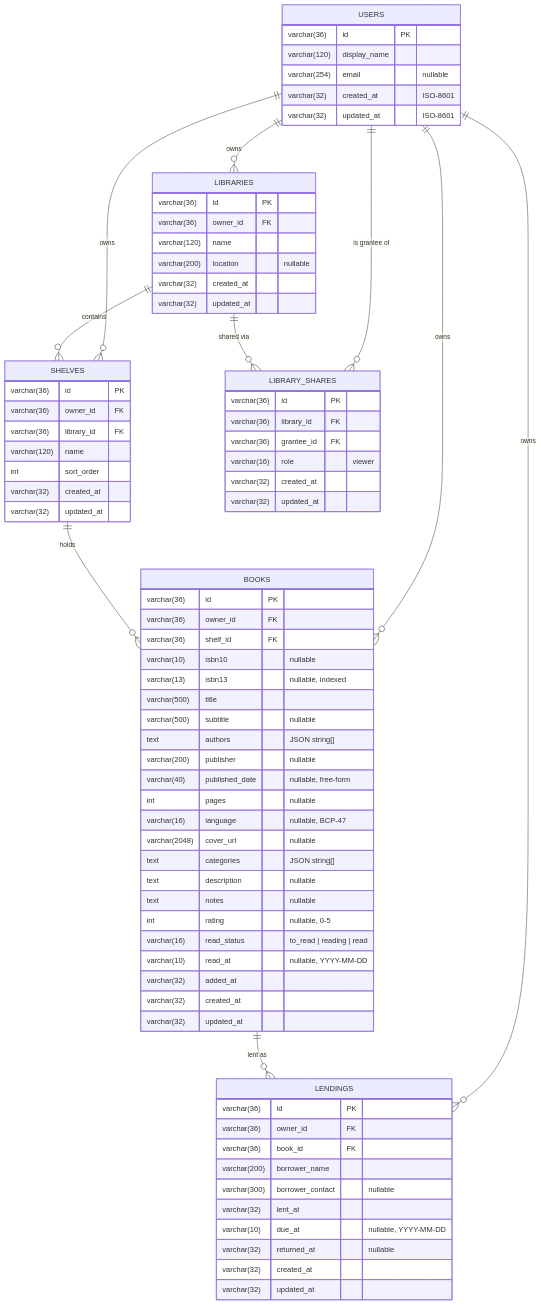
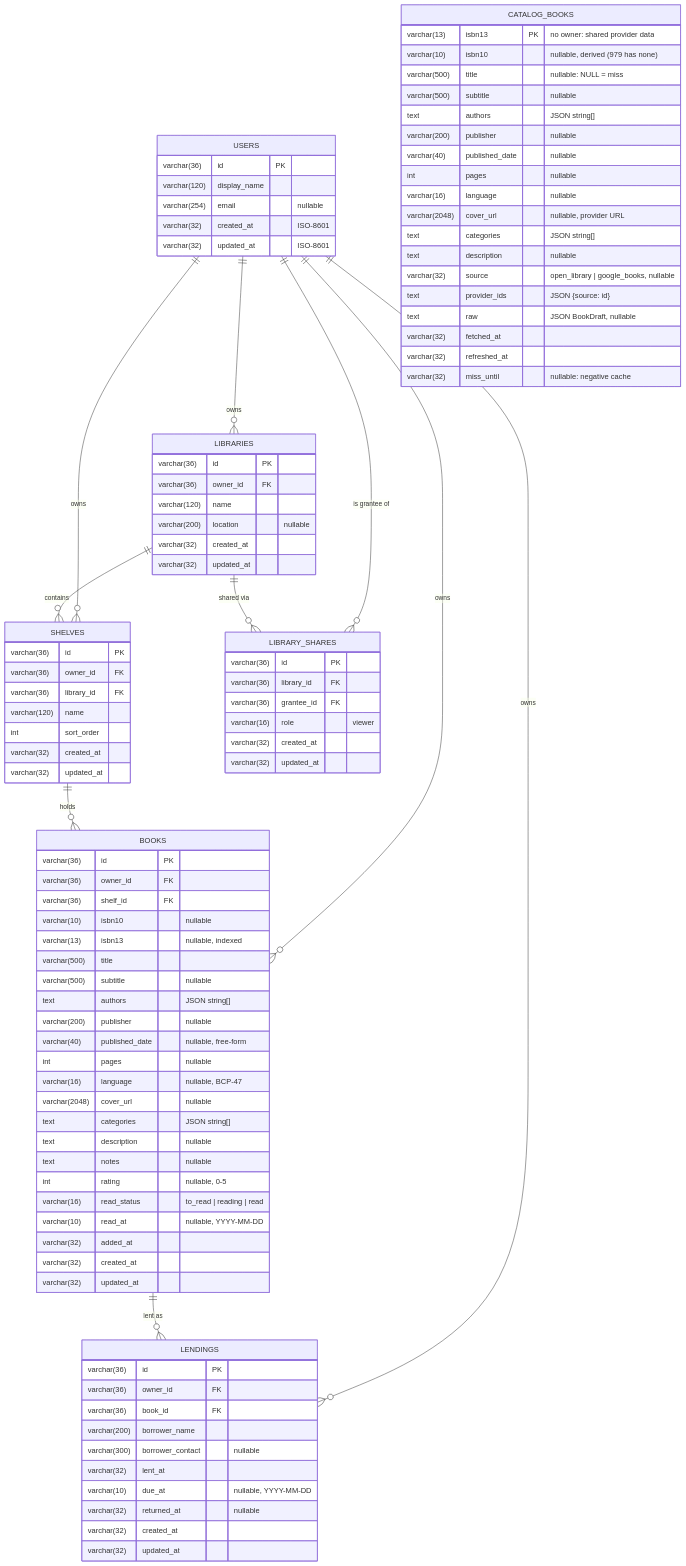
Before and after one commit to RuBiCK/bookguardian: the diagram in docs/data-model.md, drawn with Mermaid. The commit also changed other lines of this file and 19 other files, not shown here.

First line of the commit message:
BOOK-11: Shared ISBN catalogue — persist looked-up metadata so each ISBN is fetched once

````diff
--- a/docs/data-model.md
+++ b/docs/data-model.md
@@ -85,4 +86,24 @@
         varchar(32) created_at
         varchar(32) updated_at
     }
+    CATALOG_BOOKS {
+        varchar(13) isbn13 PK "no owner: shared provider data"
+        varchar(10) isbn10 "nullable, derived (979 has none)"
+        varchar(500) title "nullable: NULL = miss"
+        varchar(500) subtitle "nullable"
+        text authors "JSON string[]"
+        varchar(200) publisher "nullable"
+        varchar(40) published_date "nullable"
+        int pages "nullable"
+        varchar(16) language "nullable"
+        varchar(2048) cover_url "nullable, provider URL"
+        text categories "JSON string[]"
+        text description "nullable"
+        varchar(32) source "open_library | google_books, nullable"
+        text provider_ids "JSON {source: id}"
+        text raw "JSON BookDraft, nullable"
+        varchar(32) fetched_at
+        varchar(32) refreshed_at
+        varchar(32) miss_until "nullable: negative cache"
+    }
 ```
````
